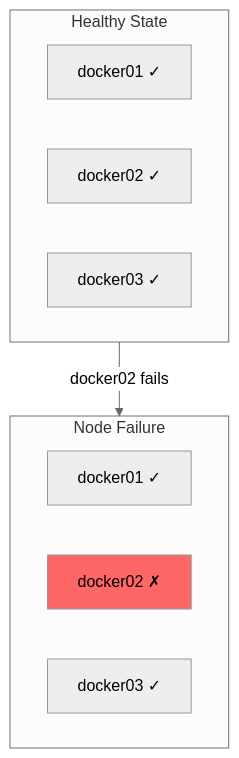
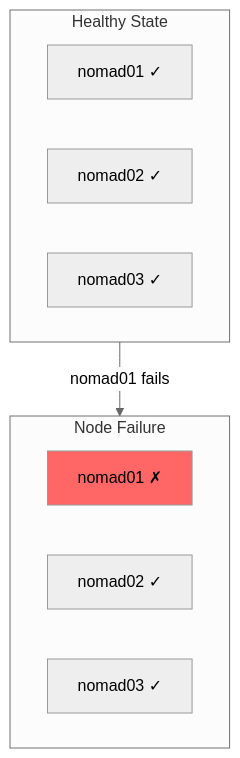
One commit to jknyght9/proxmox-lab changed the ninth of 9 diagrams in docs/architecture/service-relationships.md. Above: the diagram before and after it, drawn with Mermaid (neutral theme). The commit also changed other lines of this file and 21 other files, not shown here.

````diff
--- a/docs/architecture/service-relationships.md
+++ b/docs/architecture/service-relationships.md
@@ -216,18 +272,18 @@
 ```mermaid
 graph TB
     subgraph healthy["Healthy State"]
-        H1[docker01 ✓]
-        H2[docker02 ✓]
-        H3[docker03 ✓]
+        H1[nomad01 ✓]
+        H2[nomad02 ✓]
+        H3[nomad03 ✓]
     end
 
     subgraph failure["Node Failure"]
-        F1[docker01 ✓]
-        F2[docker02 ✗]
-        F3[docker03 ✓]
+        F1[nomad01 ✗]
+        F2[nomad02 ✓]
+        F3[nomad03 ✓]
     end
 
-    healthy -->|docker02 fails| failure
+    healthy -->|nomad01 fails| failure
 
-    style F2 fill:#f66
+    style F1 fill:#f66
 ```
````
